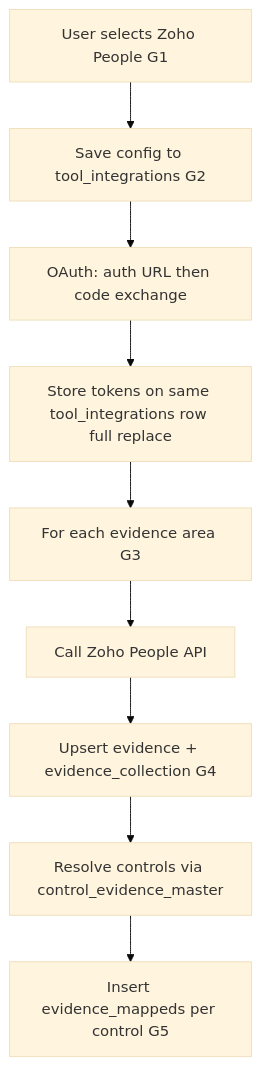
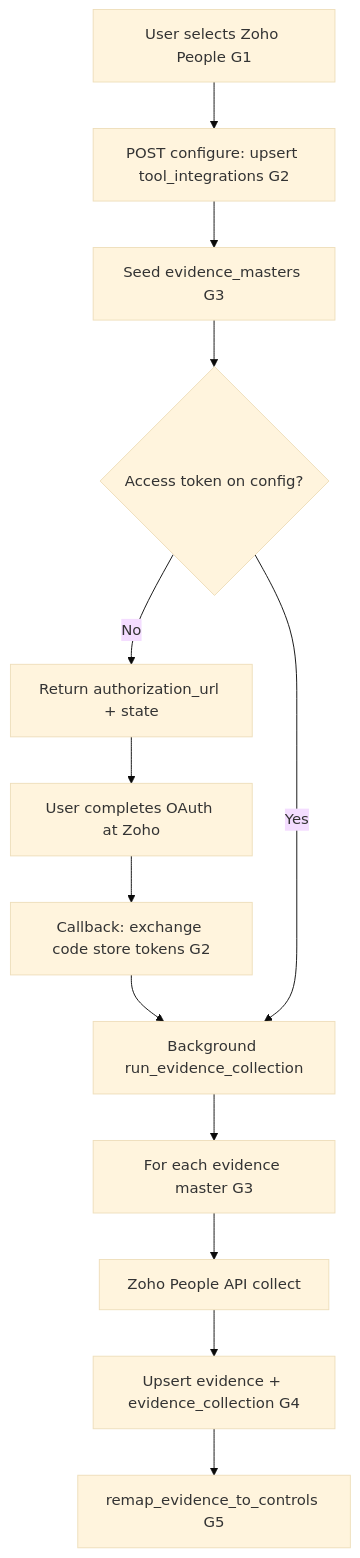
Before and after one commit to niharMSQ1/toolIntSF: the diagram in please_readmes/0002 - zoho_integration.md, drawn with Mermaid (base theme). The commit also changed other lines of this file and 21 other files, not shown here.

Commit message:
entra and entra gcc high integrations code (untested)

````diff
--- a/please_readmes/0002 - zoho_integration.md
+++ b/please_readmes/0002 - zoho_integration.md
@@ -119,11 +205,15 @@
 ```mermaid
 flowchart TD
-  A[User selects Zoho People G1] --> B[Save config to tool_integrations G2]
-  B --> C[OAuth: auth URL then code exchange]
-  C --> D[Store tokens on same tool_integrations row full replace]
-  D --> E[For each evidence area G3]
-  E --> F[Call Zoho People API]
-  F --> G[Upsert evidence + evidence_collection G4]
-  G --> H[Resolve controls via control_evidence_master]
-  H --> I[Insert evidence_mappeds per control G5]
+  A[User selects Zoho People G1] --> B[POST configure: upsert tool_integrations G2]
+  B --> C[Seed evidence_masters G3]
+  C --> D{Access token on config?}
+  D -->|No| E[Return authorization_url + state]
+  E --> F[User completes OAuth at Zoho]
+  F --> G[Callback: exchange code store tokens G2]
+  G --> H[Background run_evidence_collection]
+  D -->|Yes| H
+  H --> I[For each evidence master G3]
+  I --> J[Zoho People API collect]
+  J --> K[Upsert evidence + evidence_collection G4]
+  K --> L[remap_evidence_to_controls G5]
 ```
````
